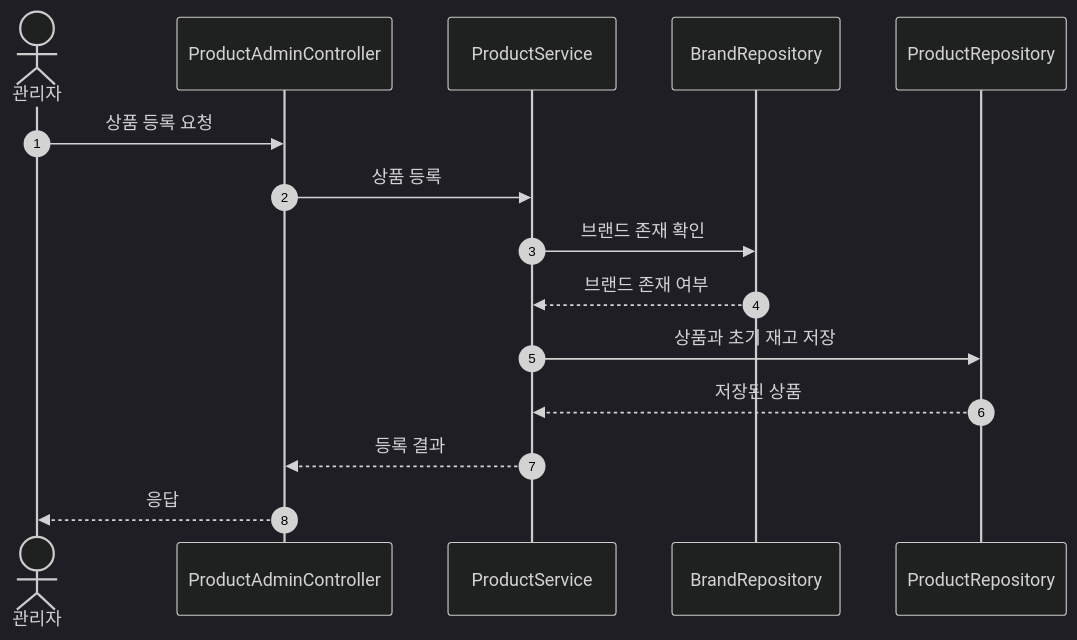
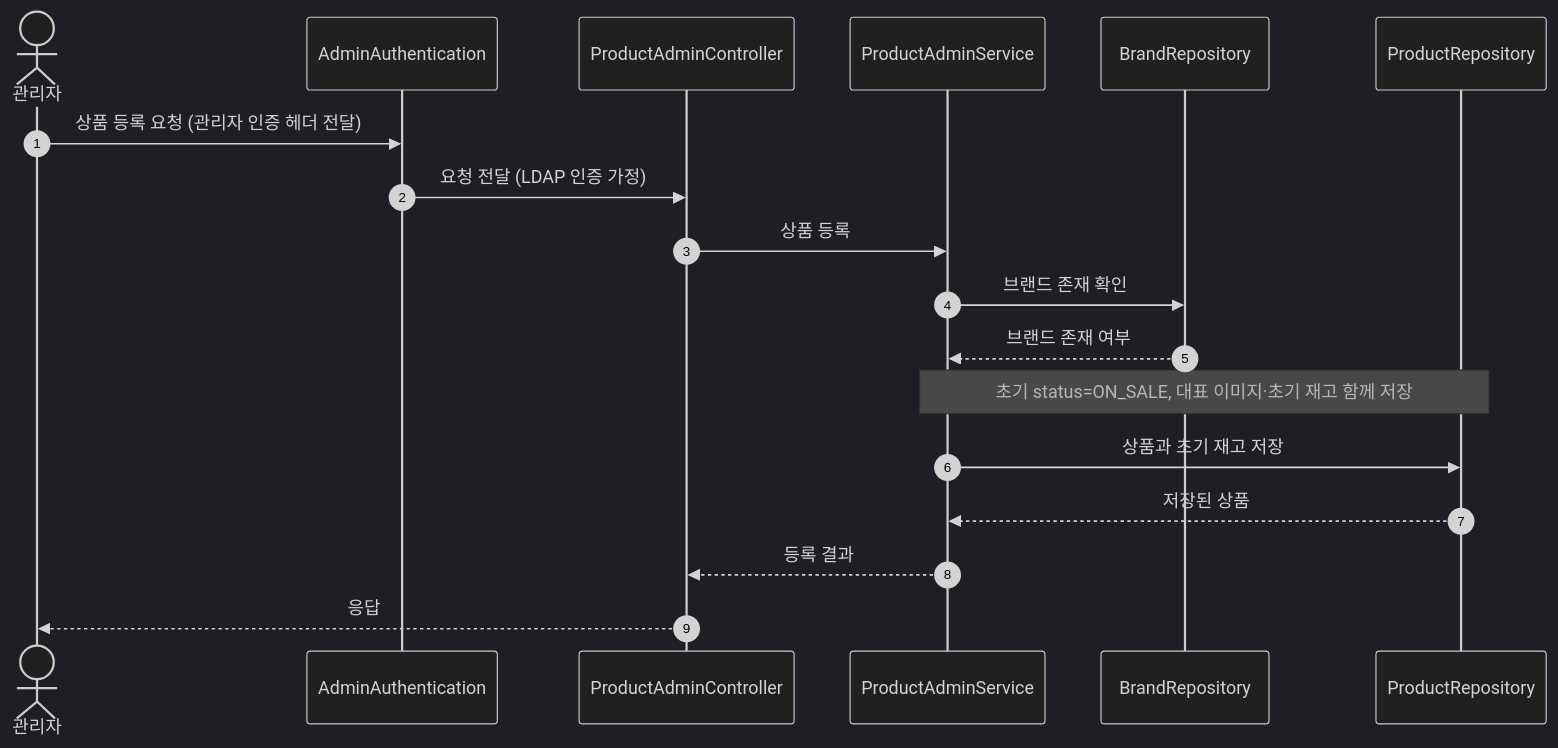
One commit to loopers-labs/loop-pack-be-l2-vol4-java changed the ninth of 17 diagrams in docs/week2/02-sequence-diagrams.md. Above: the diagram before and after it, drawn with Mermaid (dark theme). The commit also changed other lines of this file and 3 other files, not shown here.

````diff
--- a/docs/week2/02-sequence-diagrams.md
+++ b/docs/week2/02-sequence-diagrams.md
@@ -211,18 +219,21 @@
 ```mermaid
 sequenceDiagram
     autonumber
     actor Admin as 관리자
+    participant Auth as AdminAuthentication
     participant Controller as ProductAdminController
-    participant Service as ProductService
+    participant Service as ProductAdminService
     participant BrandRepository as BrandRepository
     participant ProductRepository as ProductRepository
 
-    Admin->>Controller: 상품 등록 요청
+    Admin->>Auth: 상품 등록 요청 (관리자 인증 헤더 전달)
+    Auth->>Controller: 요청 전달 (LDAP 인증 가정)
     Controller->>Service: 상품 등록
     Service->>BrandRepository: 브랜드 존재 확인
     BrandRepository-->>Service: 브랜드 존재 여부
+    Note over Service,ProductRepository: 초기 status=ON_SALE, 대표 이미지·초기 재고 함께 저장
     Service->>ProductRepository: 상품과 초기 재고 저장
     ProductRepository-->>Service: 저장된 상품
     Service-->>Controller: 등록 결과
     Controller-->>Admin: 응답
 ```
````
